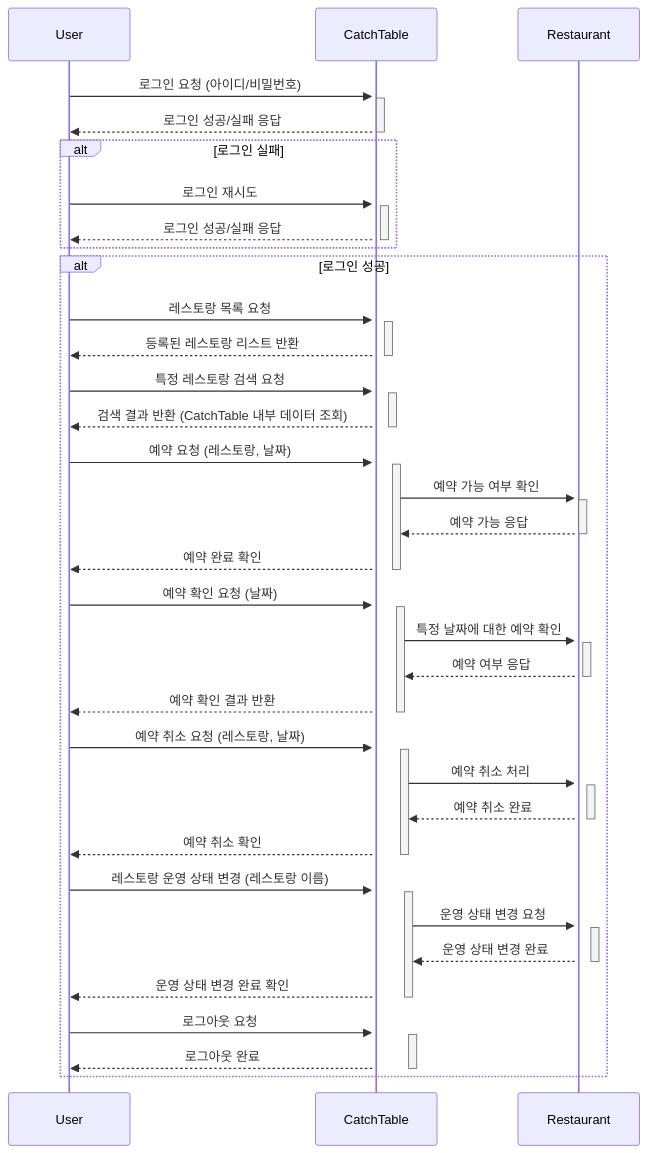
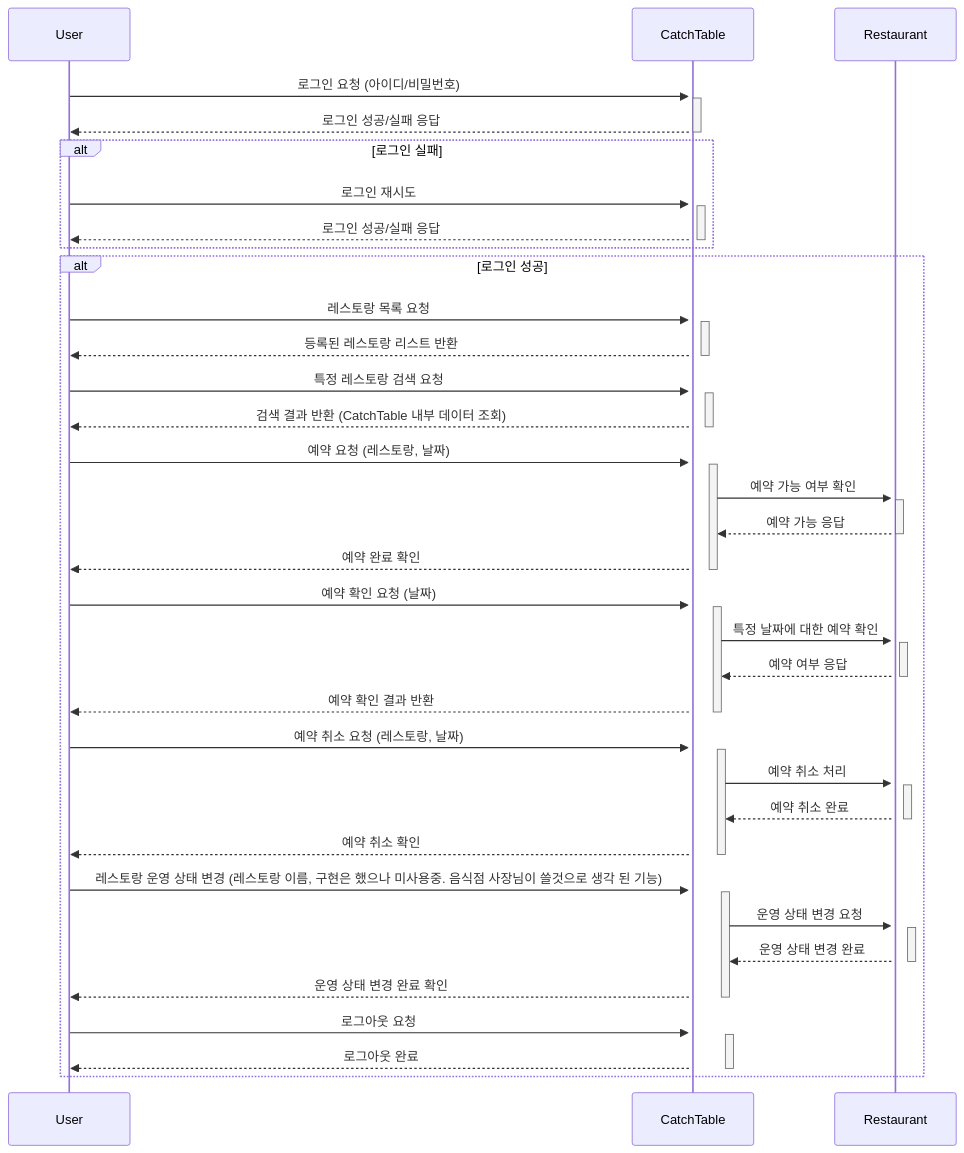
The diagram in catch.mmd (HEANEOL/-1), drawn with Mermaid before and after one commit.

```diff
--- a/catch.mmd
+++ b/catch.mmd
@@ -1,68 +1,68 @@
 sequenceDiagram
     participant User
     participant CatchTable
 
     User->>+CatchTable: 로그인 요청 (아이디/비밀번호)
     activate CatchTable
     CatchTable-->>User: 로그인 성공/실패 응답
     deactivate CatchTable
 
     alt 로그인 실패
         User->>+CatchTable: 로그인 재시도
         activate CatchTable
         CatchTable-->>User: 로그인 성공/실패 응답
         deactivate CatchTable
     end
 
     alt 로그인 성공
         User->>+CatchTable: 레스토랑 목록 요청
         activate CatchTable
         CatchTable-->>User: 등록된 레스토랑 리스트 반환
         deactivate CatchTable
         
         User->>+CatchTable: 특정 레스토랑 검색 요청
         activate CatchTable
         CatchTable-->>User: 검색 결과 반환 (CatchTable 내부 데이터 조회)
         deactivate CatchTable
 
         User->>+CatchTable: 예약 요청 (레스토랑, 날짜)
         activate CatchTable
         CatchTable->>+Restaurant: 예약 가능 여부 확인
         activate Restaurant
         Restaurant-->>CatchTable: 예약 가능 응답
         deactivate Restaurant
         CatchTable-->>User: 예약 완료 확인
         deactivate CatchTable
 
         User->>+CatchTable: 예약 확인 요청 (날짜)
         activate CatchTable
         CatchTable->>+Restaurant: 특정 날짜에 대한 예약 확인
         activate Restaurant
         Restaurant-->>CatchTable: 예약 여부 응답
         deactivate Restaurant
         CatchTable-->>User: 예약 확인 결과 반환
         deactivate CatchTable
 
         User->>+CatchTable: 예약 취소 요청 (레스토랑, 날짜)
         activate CatchTable
         CatchTable->>+Restaurant: 예약 취소 처리
         activate Restaurant
         Restaurant-->>CatchTable: 예약 취소 완료
         deactivate Restaurant
         CatchTable-->>User: 예약 취소 확인
         deactivate CatchTable
 
-        User->>+CatchTable: 레스토랑 운영 상태 변경 (레스토랑 이름)
+        User->>+CatchTable: 레스토랑 운영 상태 변경 (레스토랑 이름, 구현은 했으나 미사용중. 음식점 사장님이 쓸것으로 생각 된 기능)
         activate CatchTable
         CatchTable->>+Restaurant: 운영 상태 변경 요청
         activate Restaurant
         Restaurant-->>CatchTable: 운영 상태 변경 완료
         deactivate Restaurant
         CatchTable-->>User: 운영 상태 변경 완료 확인
         deactivate CatchTable
 
         User->>+CatchTable: 로그아웃 요청
         activate CatchTable
         CatchTable-->>User: 로그아웃 완료
         deactivate CatchTable
     end
```
